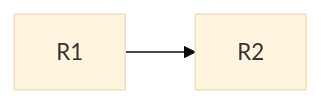
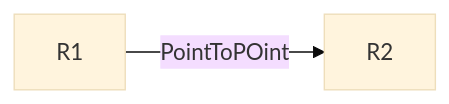
One commit to Rajeev-Tamang/OSPF changed the third of 3 diagrams in Open Shortest Path First (OSPF).md. Above: the diagram before and after it, drawn with Mermaid (base theme).

Commit message:
Update Open Shortest Path First (OSPF).md

````diff
--- a/Open Shortest Path First (OSPF).md
+++ b/Open Shortest Path First (OSPF).md
@@ -255,4 +255,4 @@
 ```mermaid
 graph LR;
-    R1 --> R2;
+    R1 --> |PointToPOint|R2;
 ```
````
